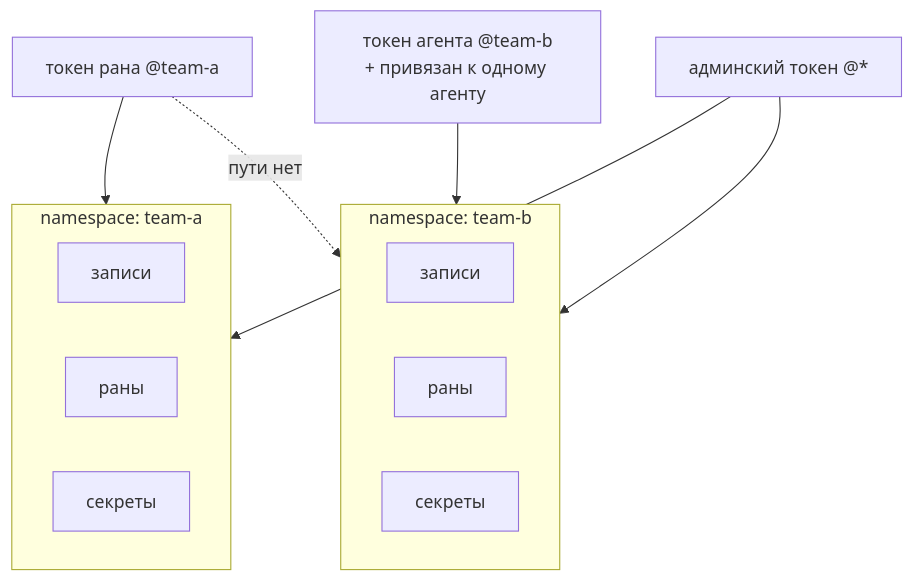
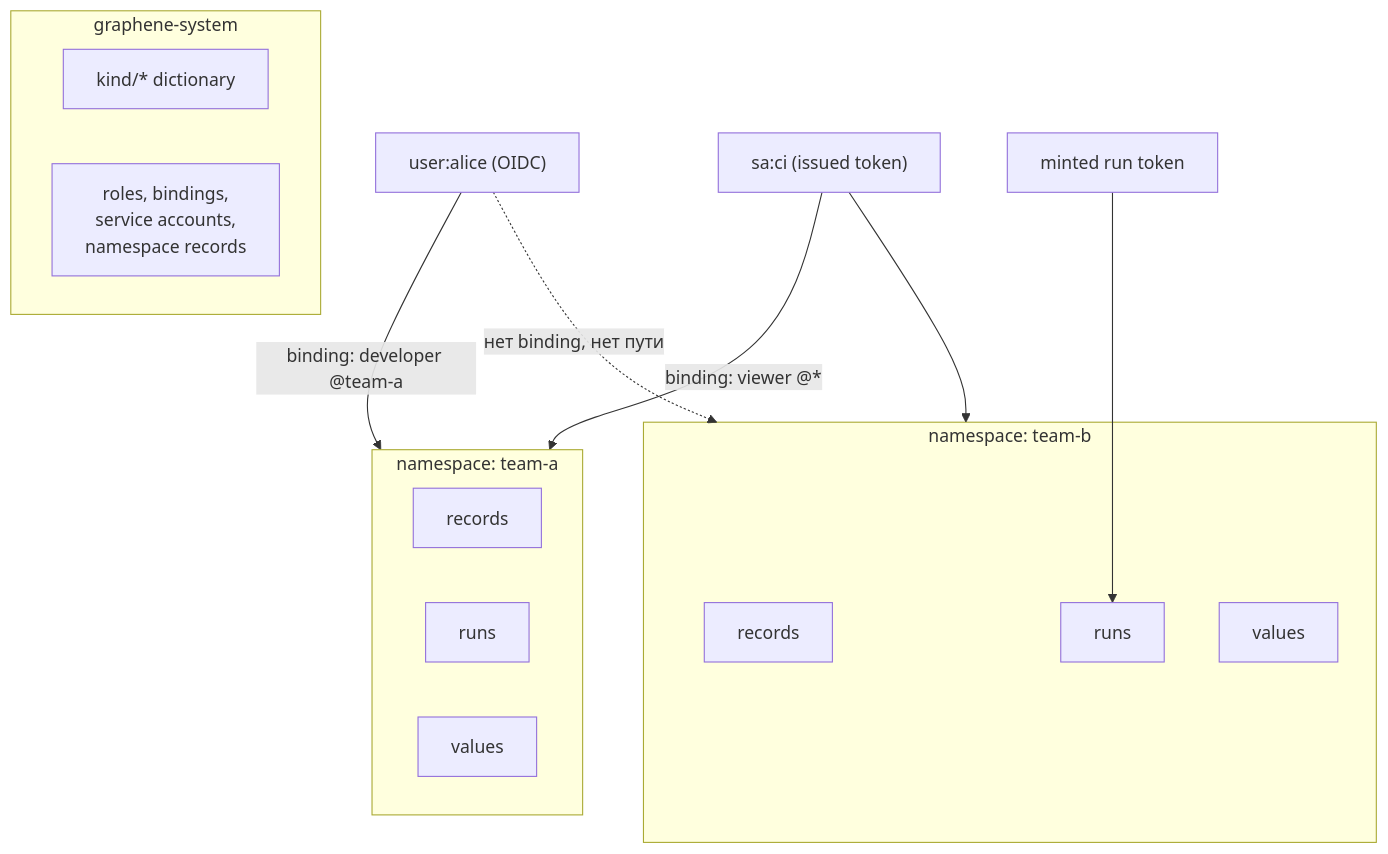
Before and after one commit to graphene-ci/docs: the diagram in i18n/ru/docusaurus-plugin-content-docs/current/concepts/namespaces.md, drawn with Mermaid. The commit also changed other lines of this file and 99 other files, not shown here.

Commit message:
docs(product): описать текущую поверхность graphene

````diff
--- a/i18n/ru/docusaurus-plugin-content-docs/current/concepts/namespaces.md
+++ b/i18n/ru/docusaurus-plugin-content-docs/current/concepts/namespaces.md
@@ -22,18 +44,22 @@
 ```mermaid
 flowchart TD
+    subgraph SYS["graphene-system"]
+      K["kind/* dictionary"]
+      RB["roles, bindings,<br/>service accounts,<br/>namespace records"]
+    end
     subgraph NS1["namespace: team-a"]
-      R1["записи"]
-      RUN1["раны"]
-      S1["секреты"]
+      R1["records"]
+      RUN1["runs"]
+      V1["values"]
     end
     subgraph NS2["namespace: team-b"]
-      R2["записи"]
-      RUN2["раны"]
-      S2["секреты"]
+      R2["records"]
+      RUN2["runs"]
+      V2["values"]
     end
-    T1["токен рана @team-a"] --> NS1
-    T2["токен агента @team-b<br/>+ привязан к одному агенту"] --> NS2
-    TA["админский токен @*"] --> NS1
-    TA --> NS2
-    T1 -.->|"пути нет"| NS2
+    U["user:alice (OIDC)"] -->|"binding: developer @team-a"| NS1
+    SA["sa:ci (issued token)"] -->|"binding: viewer @*"| NS1
+    SA --> NS2
+    RT["minted run token"] --> RUN2
+    U -.->|"нет binding, нет пути"| NS2
 ```
````
